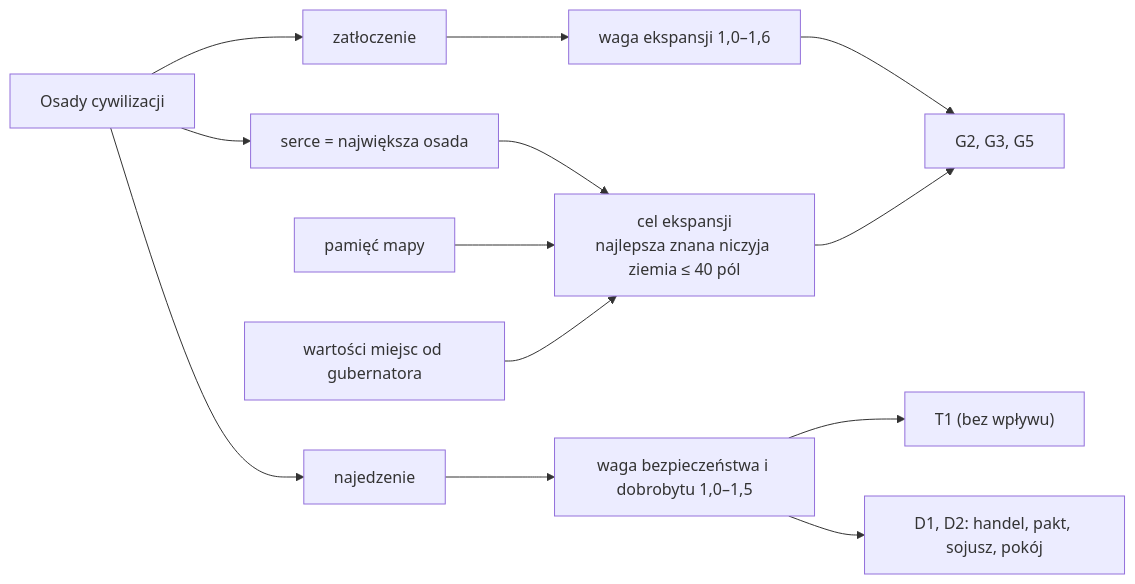
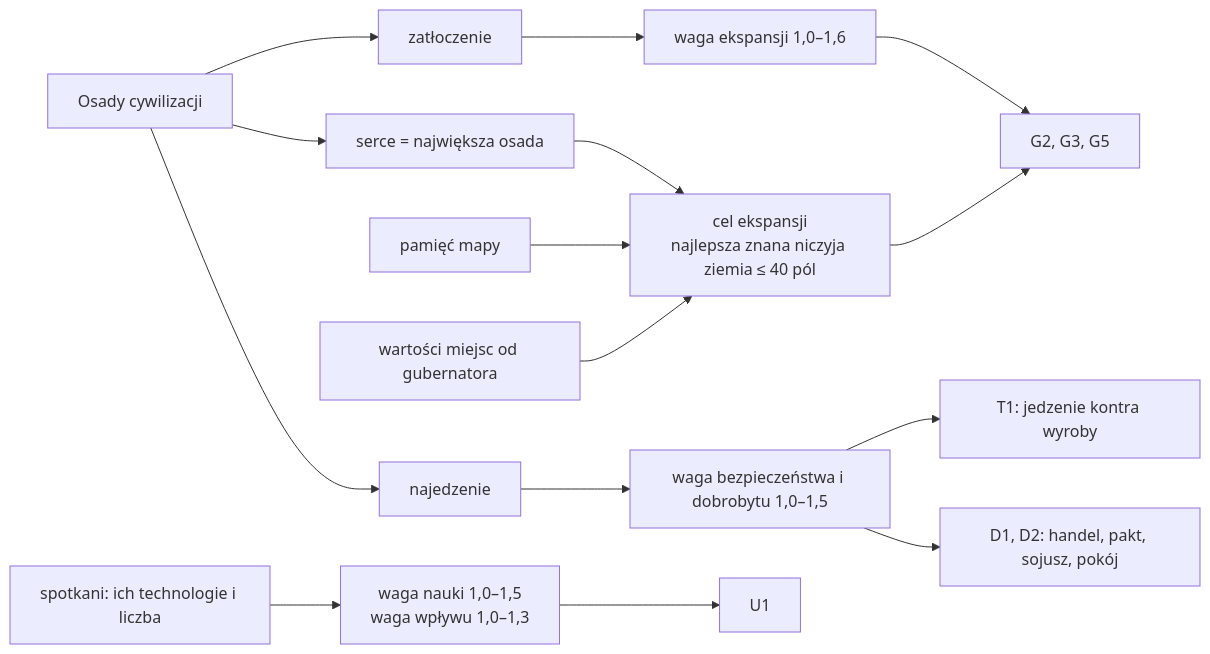
Before and after one commit to CoStellar/CivSim2: the diagram in docs/ai/02-strateg.md, drawn with Mermaid. The commit also changed other lines of this file and 20 other files, not shown here.

First line of the commit message:
Docs: AI values (ADR 0019), docs/ai, GDD 8.3, ROADMAP, stats from 3 seeds

````diff
--- a/docs/ai/02-strateg.md
+++ b/docs/ai/02-strateg.md
@@ -86,12 +89,13 @@
 ```mermaid
 flowchart LR
   O["Osady cywilizacji"] --> Z["zatłoczenie"] --> WE["waga ekspansji 1,0–1,6"]
   O --> N["najedzenie"] --> WG["waga bezpieczeństwa i dobrobytu 1,0–1,5"]
   O --> H["serce = największa osada"] --> C["cel ekspansji<br/>najlepsza znana niczyja ziemia ≤ 40 pól"]
   M["pamięć mapy"] --> C
   G["wartości miejsc od gubernatora"] --> C
   WE --> G2["G2, G3, G5"]
   C --> G2
-  WG --> T1["T1 (bez wpływu)"]
+  WG --> T1["T1: jedzenie kontra wyroby"]
+  K["spotkani: ich technologie i liczba"] --> WN["waga nauki 1,0–1,5<br/>waga wpływu 1,0–1,3"] --> U1["U1"]
   WG --> DP["D1, D2: handel, pakt, sojusz, pokój"]
 ```
````
